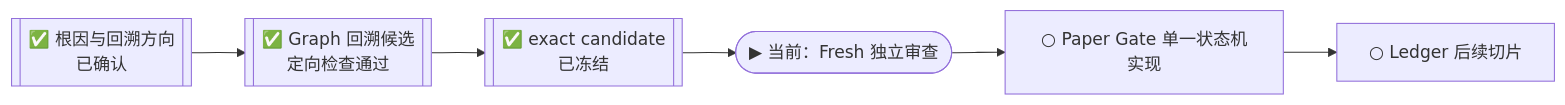
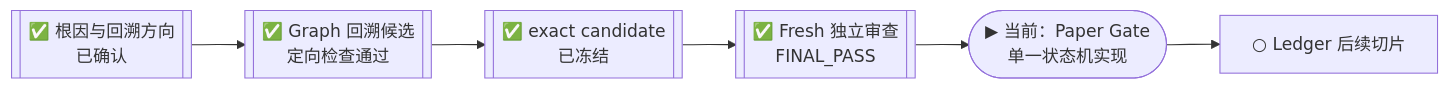
Before and after one commit to j-a-v-e-n/knowledge-vault: the first of 2 diagrams in MyBrain/automation/reports/investment-discipline-system/CURRENT_PROGRESS.md, drawn with Mermaid. The commit also changed other lines of this file, not shown here.

````diff
--- a/MyBrain/automation/reports/investment-discipline-system/CURRENT_PROGRESS.md
+++ b/MyBrain/automation/reports/investment-discipline-system/CURRENT_PROGRESS.md
@@ -8,8 +8,8 @@
 ```mermaid
 flowchart LR
     A[["✅ 根因与回溯方向<br/>已确认"]] --> B[["✅ Graph 回溯候选<br/>定向检查通过"]]
     B --> C[["✅ exact candidate<br/>已冻结"]]
-    C --> D(["▶ 当前：Fresh 独立审查"])
-    D --> E["○ Paper Gate 单一状态机实现"]
+    C --> D[["✅ Fresh 独立审查<br/>FINAL_PASS"]]
+    D --> E(["▶ 当前：Paper Gate<br/>单一状态机实现"])
     E --> F["○ Ledger 后续切片"]
 ```
````
